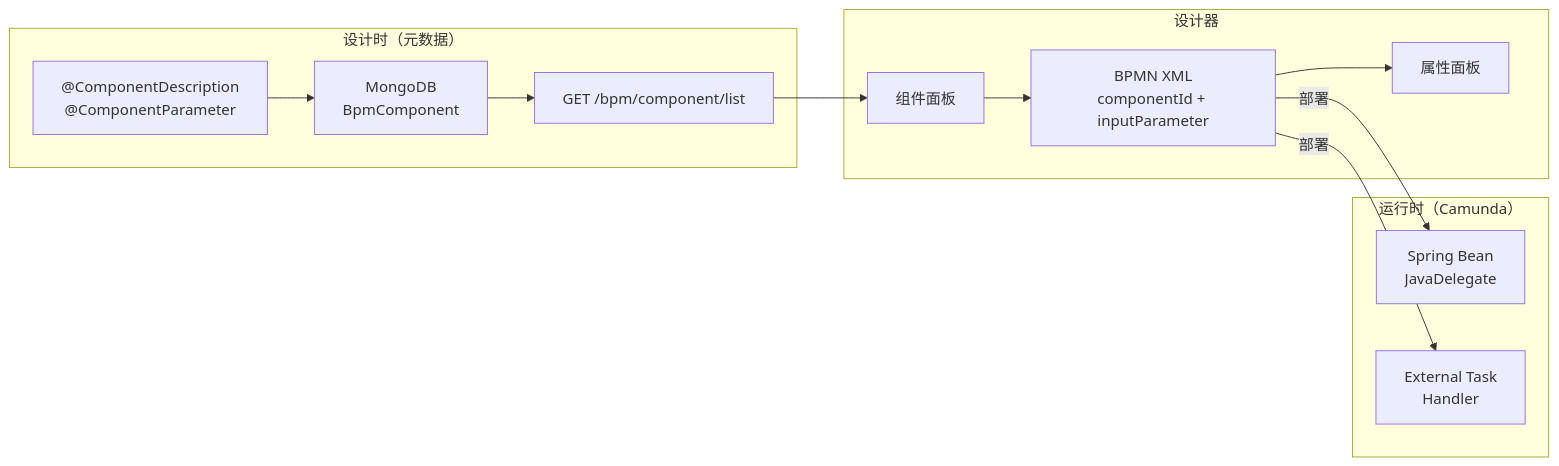
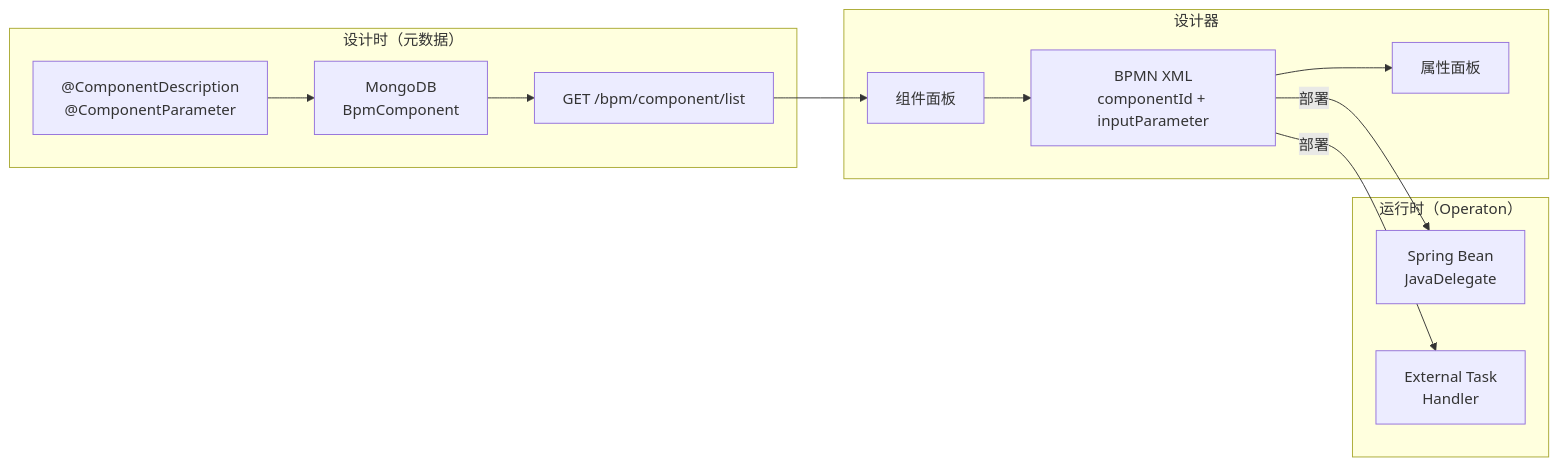
Before and after one commit to xc404/kiwi: the diagram in docs/bpm-component.zh-CN.md, drawn with Mermaid. The commit also changed other lines of this file and 83 other files, not shown here.

````diff
--- a/docs/bpm-component.zh-CN.md
+++ b/docs/bpm-component.zh-CN.md
@@ -9,25 +9,25 @@
 ```mermaid
 flowchart LR
     subgraph Design["设计时（元数据）"]
         Annot["@ComponentDescription\n@ComponentParameter"]
         Mongo["MongoDB\nBpmComponent"]
         API["GET /bpm/component/list"]
     end
 
     subgraph Designer["设计器"]
         Palette["组件面板"]
         Panel["属性面板"]
         XML["BPMN XML\ncomponentId + inputParameter"]
     end
 
-    subgraph Runtime["运行时（Camunda）"]
+    subgraph Runtime["运行时（Operaton）"]
         Bean["Spring Bean\nJavaDelegate"]
         Ext["External Task\nHandler"]
     end
 
     Annot --> Mongo
     Mongo --> API --> Palette
     Palette --> XML --> Panel
     XML -->|部署| Bean
     XML -->|部署| Ext
 ```
````
